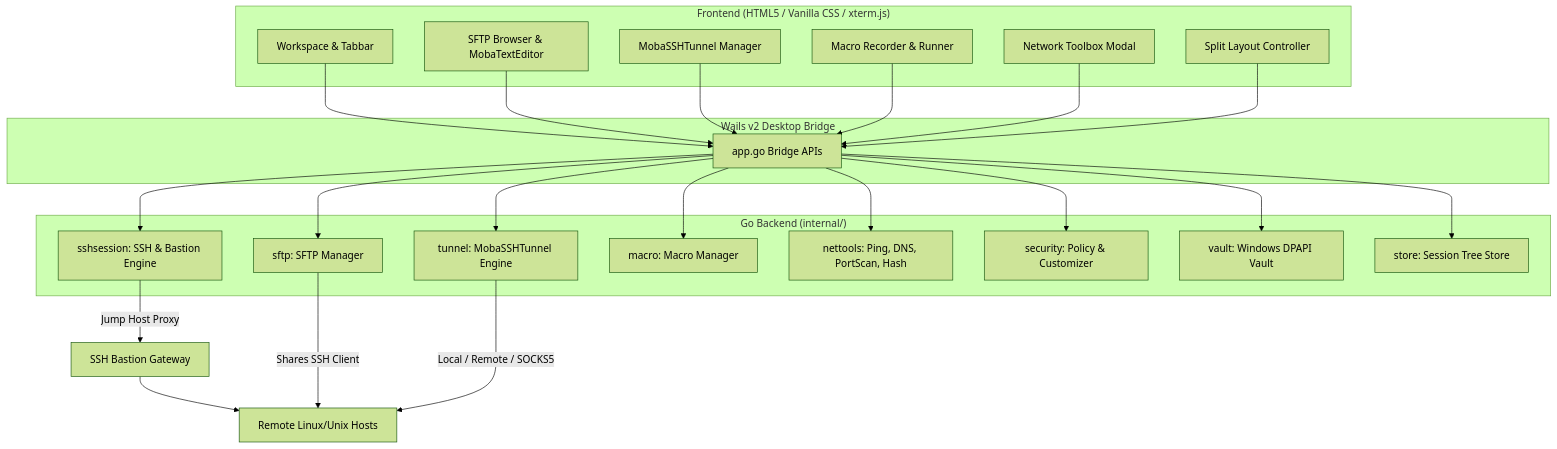
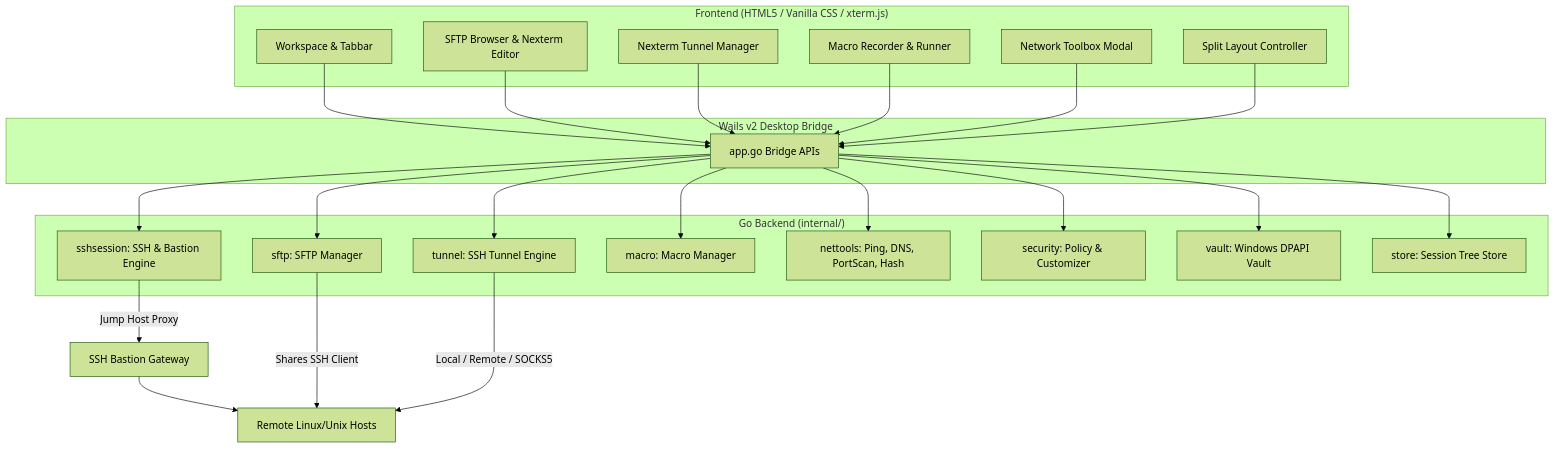
The diagram in README.md (Kunal8990/NexTerm), drawn with Mermaid (forest theme) before and after one commit. The commit also changed other lines of this file and 4 other files, not shown here.

Commit message:
chore(branding): replace all MobaXterm references with Nexterm throughout UI and docs

````diff
--- a/README.md
+++ b/README.md
@@ -102,47 +102,47 @@
 ```mermaid
 graph TD
     subgraph Frontend ["Frontend (HTML5 / Vanilla CSS / xterm.js)"]
         UI[Workspace & Tabbar]
-        SFTPUI[SFTP Browser & MobaTextEditor]
-        TunnelUI[MobaSSHTunnel Manager]
+        SFTPUI[SFTP Browser & Nexterm Editor]
+        TunnelUI[Nexterm Tunnel Manager]
         MacroUI[Macro Recorder & Runner]
         ToolsUI[Network Toolbox Modal]
         SplitMgr[Split Layout Controller]
     end
 
     subgraph Wails ["Wails v2 Desktop Bridge"]
         Bridge[app.go Bridge APIs]
     end
 
     subgraph Backend ["Go Backend (internal/)"]
         SSH[sshsession: SSH & Bastion Engine]
         SFTPMgr[sftp: SFTP Manager]
-        TunnelMgr[tunnel: MobaSSHTunnel Engine]
+        TunnelMgr[tunnel: SSH Tunnel Engine]
         MacroMgr[macro: Macro Manager]
         NetTools[nettools: Ping, DNS, PortScan, Hash]
         SecMgr[security: Policy & Customizer]
         Vault[vault: Windows DPAPI Vault]
         Store[store: Session Tree Store]
     end
 
     UI --> Bridge
     SFTPUI --> Bridge
     TunnelUI --> Bridge
     MacroUI --> Bridge
     ToolsUI --> Bridge
     SplitMgr --> Bridge
 
     Bridge --> SSH
     Bridge --> SFTPMgr
     Bridge --> TunnelMgr
     Bridge --> MacroMgr
     Bridge --> NetTools
     Bridge --> SecMgr
     Bridge --> Vault
     Bridge --> Store
 
     SSH -->|Jump Host Proxy| Bastion[SSH Bastion Gateway]
     Bastion --> Target[Remote Linux/Unix Hosts]
     SFTPMgr -->|Shares SSH Client| Target
     TunnelMgr -->|Local / Remote / SOCKS5| Target
 ```
````
